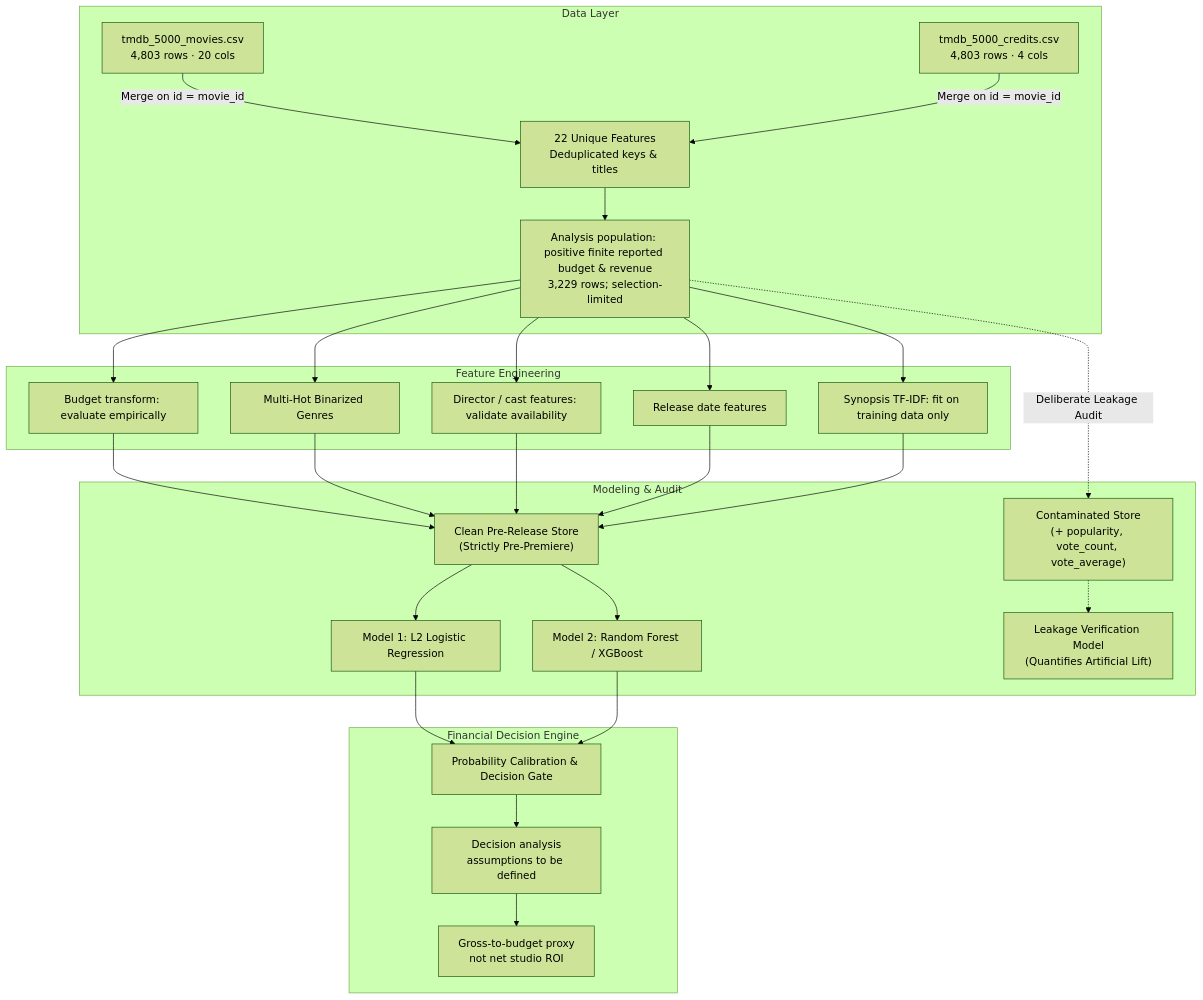
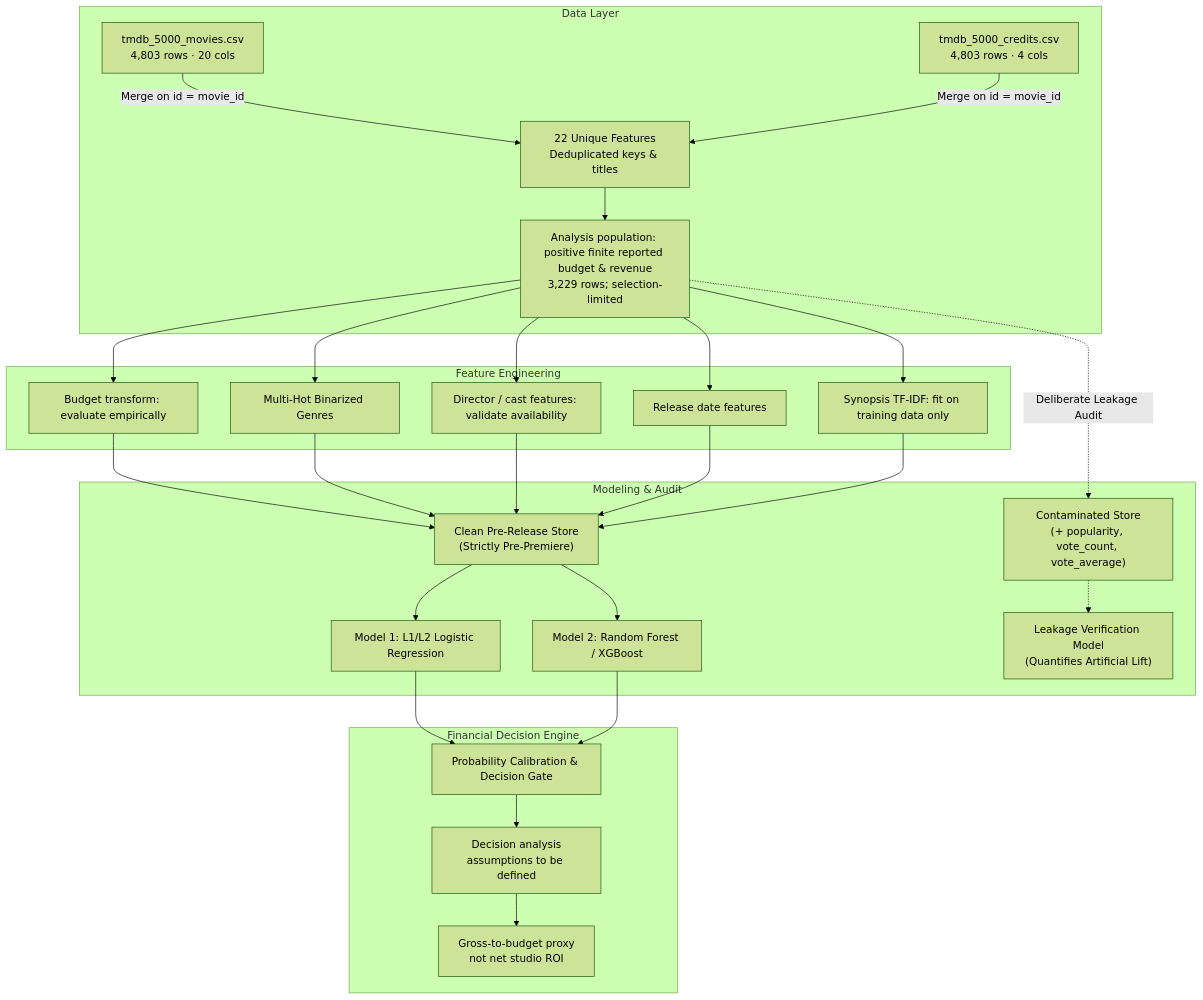
The diagram in README.md (andreisugu/greenlight-ml), drawn with Mermaid (forest theme) before and after one commit. The commit also changed 1 other file, not shown here.

Commit message:
docs(v1): polish report wording and architecture label

````diff
--- a/README.md
+++ b/README.md
@@ -128,32 +128,32 @@
 ```mermaid
 flowchart TD
     subgraph Data Layer
         A1[tmdb_5000_movies.csv<br/>4,803 rows · 20 cols] 
         A2[tmdb_5000_credits.csv<br/>4,803 rows · 4 cols]
         A1 & A2 -->|Merge on id = movie_id| B[22 Unique Features<br/>Deduplicated keys & titles]
         B --> C[Analysis population: positive finite reported budget & revenue<br/>3,229 rows; selection-limited]
     end
 
     subgraph Feature Engineering
         C --> D1["Budget transform: evaluate empirically"]
         C --> D2[Multi-Hot Binarized Genres]
         C --> D3[Director / cast features: validate availability]
         C --> D4[Release date features]
         C --> D5[Synopsis TF-IDF: fit on training data only]
     end
 
     subgraph Modeling & Audit
         D1 & D2 & D3 & D4 & D5 --> E1["Clean Pre-Release Store<br/>(Strictly Pre-Premiere)"]
-        E1 --> F1[Model 1: L2 Logistic Regression]
+        E1 --> F1[Model 1: L1/L2 Logistic Regression]
         E1 --> F2[Model 2: Random Forest / XGBoost]
         
         C -.->|Deliberate Leakage Audit| E2["Contaminated Store<br/>(+ popularity, vote_count, vote_average)"]
         E2 -.-> F3["Leakage Verification Model<br/>(Quantifies Artificial Lift)"]
     end
 
     subgraph Financial Decision Engine
         F1 & F2 --> G[Probability Calibration & Decision Gate]
         G --> H["Decision analysis<br/>assumptions to be defined"]
         H --> I["Gross-to-budget proxy<br/>not net studio ROI"]
     end
 ```
````
